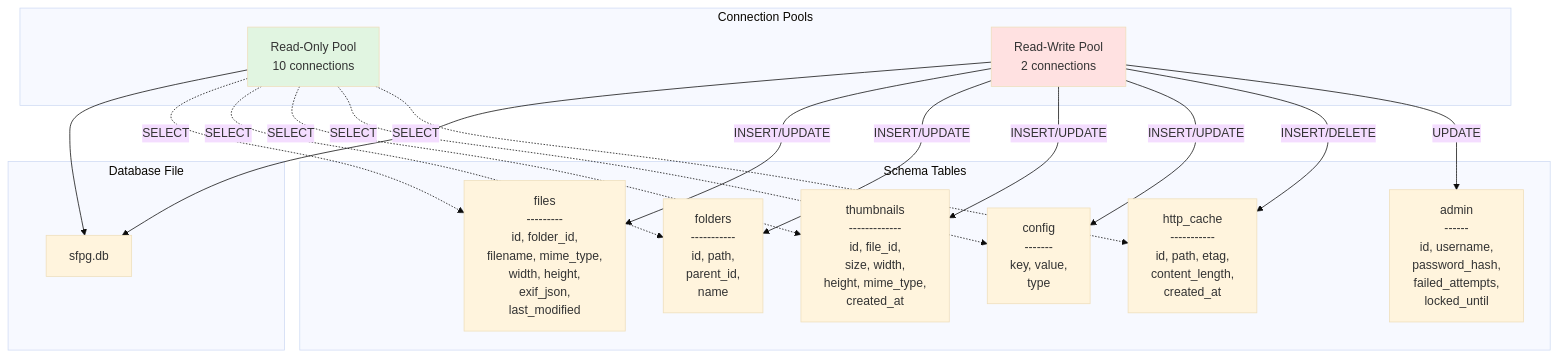
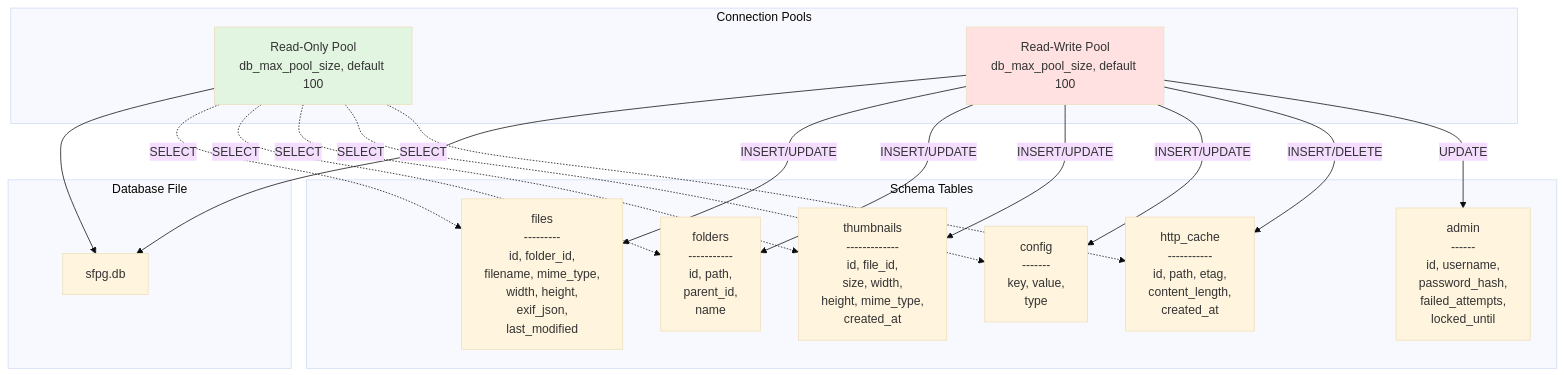
Before and after one commit to lbe/sfpg-go: the seventh of 9 diagrams in docs/diagrams/ARCHITECTURE_DIAGRAMS.md, drawn with Mermaid (base theme). The commit also changed other lines of this file and 80 other files, not shown here.

````diff
--- a/docs/diagrams/ARCHITECTURE_DIAGRAMS.md
+++ b/docs/diagrams/ARCHITECTURE_DIAGRAMS.md
@@ -316,39 +319,39 @@
 ```mermaid
 graph TB
     subgraph "Connection Pools"
-        RO[Read-Only Pool<br/>10 connections]
-        RW[Read-Write Pool<br/>2 connections]
+        RO[Read-Only Pool<br/>db_max_pool_size, default 100]
+        RW[Read-Write Pool<br/>db_max_pool_size, default 100]
     end
 
     subgraph "Database File"
         SQLiteFile[sfpg.db]
     end
 
     subgraph "Schema Tables"
         Files[files<br/>---------<br/>id, folder_id,<br/>filename, mime_type,<br/>width, height,<br/>exif_json,<br/>last_modified]
         Folders[folders<br/>-----------<br/>id, path,<br/>parent_id,<br/>name]
         Thumbnails[thumbnails<br/>-------------<br/>id, file_id,<br/>size, width,<br/>height, mime_type,<br/>created_at]
         Config[config<br/>-------<br/>key, value,<br/>type]
         HTTPCache[http_cache<br/>-----------<br/>id, path, etag,<br/>content_length,<br/>created_at]
         Admin[admin<br/>------<br/>id, username,<br/>password_hash,<br/>failed_attempts,<br/>locked_until]
     end
 
     RO --> SQLiteFile
     RW --> SQLiteFile
 
     RO -.->|SELECT| Files
     RO -.->|SELECT| Folders
     RO -.->|SELECT| Thumbnails
     RO -.->|SELECT| Config
     RO -.->|SELECT| HTTPCache
 
     RW -->|INSERT/UPDATE| Files
     RW -->|INSERT/UPDATE| Folders
     RW -->|INSERT/UPDATE| Thumbnails
     RW -->|INSERT/UPDATE| Config
     RW -->|INSERT/DELETE| HTTPCache
     RW -->|UPDATE| Admin
 
     style RO fill:#e1f5e1
     style RW fill:#ffe1e1
 ```
````
